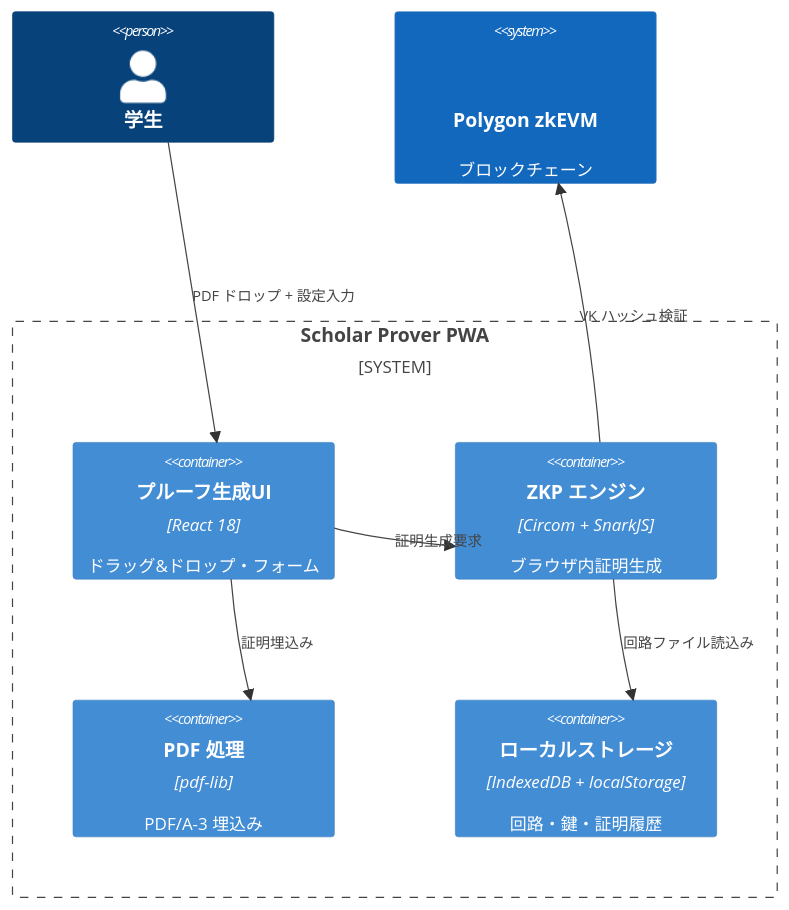
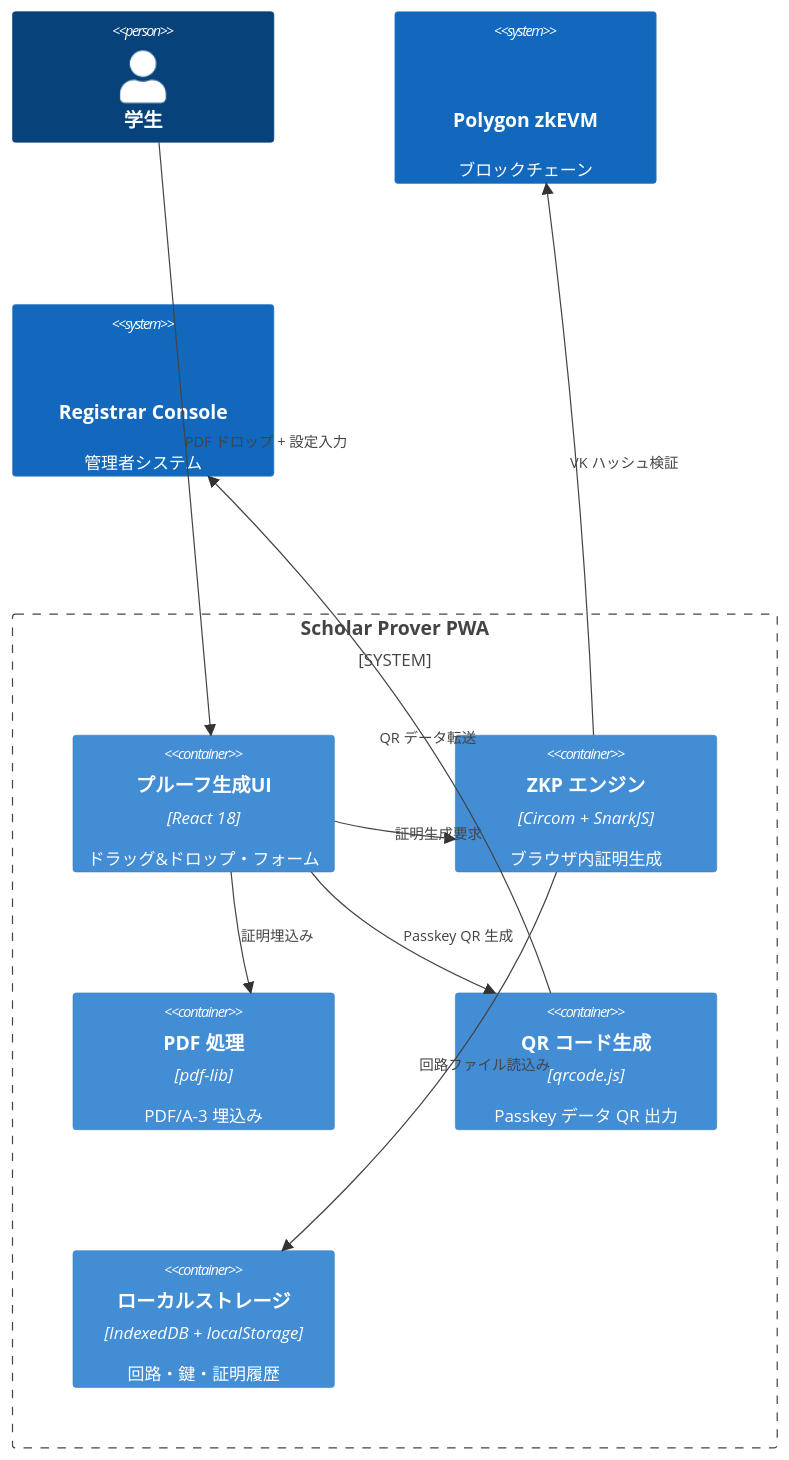
One commit to Blank-Vulture/Tri-CertFramework changed the first of 3 diagrams in documents/ScholarProver/FSD_ScholarProver.md. Above: the diagram before and after it, drawn with Mermaid. The commit also changed other lines of this file and 5 other files, not shown here.

````diff
--- a/documents/ScholarProver/FSD_ScholarProver.md
+++ b/documents/ScholarProver/FSD_ScholarProver.md
@@ -5,17 +5,21 @@
 ```mermaid
 C4Context
 Person(Student, "学生")
 System_Boundary(SP, "Scholar Prover PWA") {
   Container(UI, "プルーフ生成UI", "React 18", "ドラッグ&ドロップ・フォーム")
   Container(ZKP, "ZKP エンジン", "Circom + SnarkJS", "ブラウザ内証明生成")
   Container(PDF, "PDF 処理", "pdf-lib", "PDF/A-3 埋込み")
+  Container(QR, "QR コード生成", "qrcode.js", "Passkey データ QR 出力")
   Container(Storage, "ローカルストレージ", "IndexedDB + localStorage", "回路・鍵・証明履歴")
 }
 System(Chain, "Polygon zkEVM", "ブロックチェーン", "年度別NFT情報取得")
+System(Registrar, "Registrar Console", "管理者システム", "QR スキャン・データ収集")
 
 Rel(Student, UI, "PDF ドロップ + 設定入力")
 Rel(UI, ZKP, "証明生成要求")
 Rel(ZKP, Storage, "回路ファイル読込み")
 Rel(UI, PDF, "証明埋込み")
+Rel(UI, QR, "Passkey QR 生成")
 Rel(ZKP, Chain, "VK ハッシュ検証")
+Rel(QR, Registrar, "QR データ転送")
 ```
````
